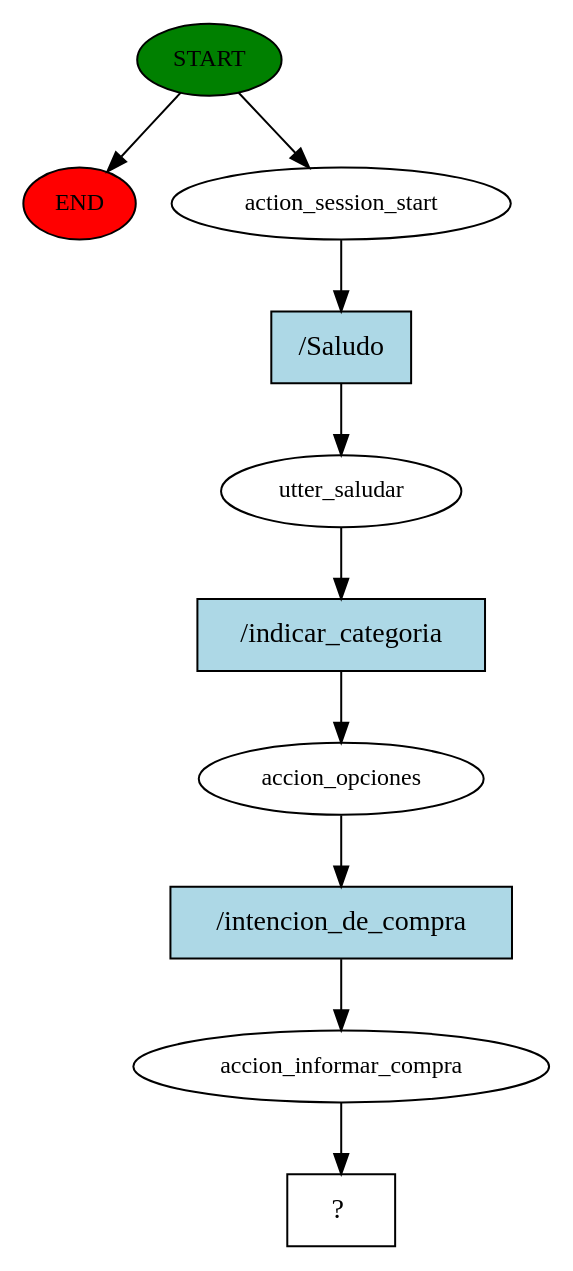
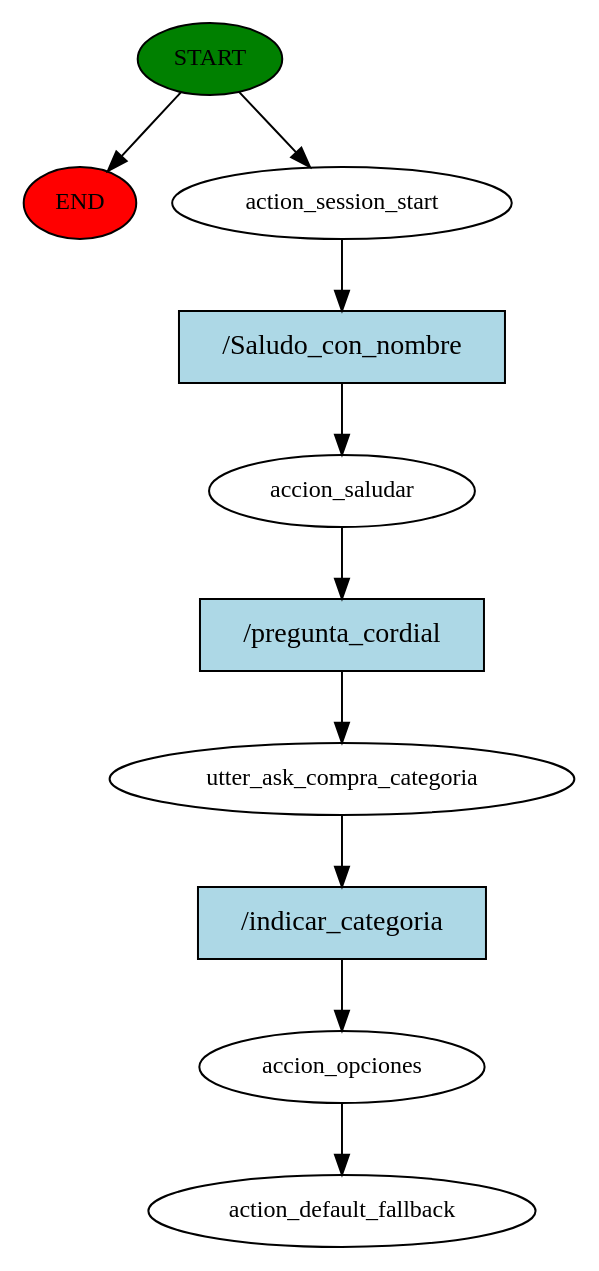
The diagram in story_graph.dot (ValentinPardo/Rasa-chatbot), drawn with Graphviz before and after one commit. The commit also changed 396 other files, not shown here.

Commit message:
nombres y saludo con nombre implementado

```diff
--- a/story_graph.dot
+++ b/story_graph.dot
@@ -1,21 +1,21 @@
 digraph  {
 0 [class="start active", fillcolor=green, fontsize=12, label=START, style=filled];
 "-1" [class=end, fillcolor=red, fontsize=12, label=END, style=filled];
 1 [class=active, fontsize=12, label=action_session_start];
-2 [class=active, fontsize=12, label=utter_saludar];
-3 [class=active, fontsize=12, label=accion_opciones];
-4 [class=active, fontsize=12, label=accion_informar_compra];
-5 [class="intent dashed active", label="  ?  ", shape=rect];
-6 [class="intent active", fillcolor=lightblue, label="/Saludo", shape=rect, style=filled];
-7 [class="intent active", fillcolor=lightblue, label="/indicar_categoria", shape=rect, style=filled];
-8 [class="intent active", fillcolor=lightblue, label="/intencion_de_compra", shape=rect, style=filled];
+2 [class=active, fontsize=12, label=accion_saludar];
+3 [class=active, fontsize=12, label=utter_ask_compra_categoria];
+4 [class=active, fontsize=12, label=accion_opciones];
+5 [class="dashed active", fontsize=12, label=action_default_fallback];
+6 [class="intent active", fillcolor=lightblue, label="/Saludo_con_nombre", shape=rect, style=filled];
+7 [class="intent active", fillcolor=lightblue, label="/pregunta_cordial", shape=rect, style=filled];
+8 [class="intent active", fillcolor=lightblue, label="/indicar_categoria", shape=rect, style=filled];
 0 -> "-1"  [class="", key=NONE, label=""];
 0 -> 1  [class=active, key=NONE, label=""];
 1 -> 6  [class=active, key=0];
 2 -> 7  [class=active, key=0];
 3 -> 8  [class=active, key=0];
 4 -> 5  [class=active, key=NONE, label=""];
 6 -> 2  [class=active, key=0];
 7 -> 3  [class=active, key=0];
 8 -> 4  [class=active, key=0];
 }
```
